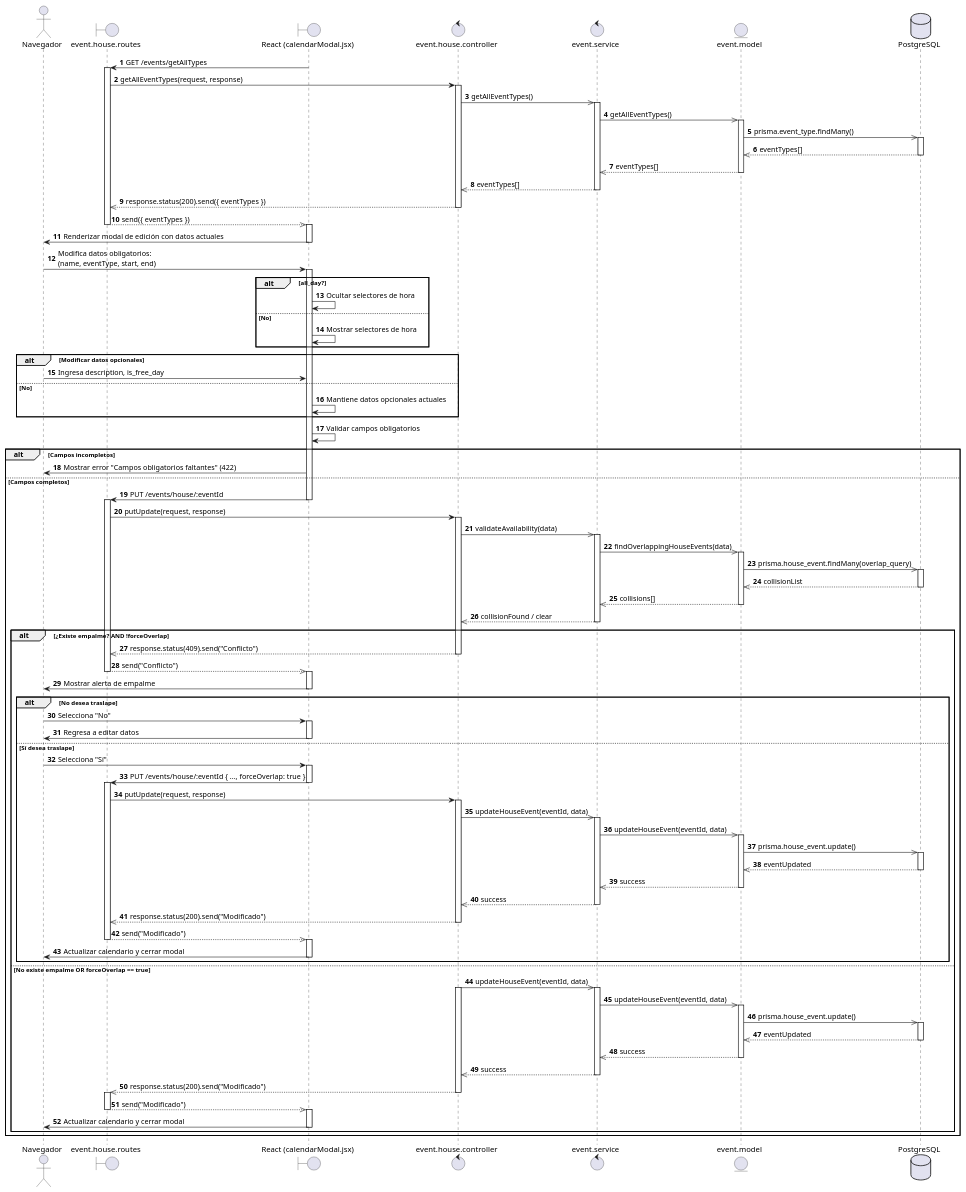
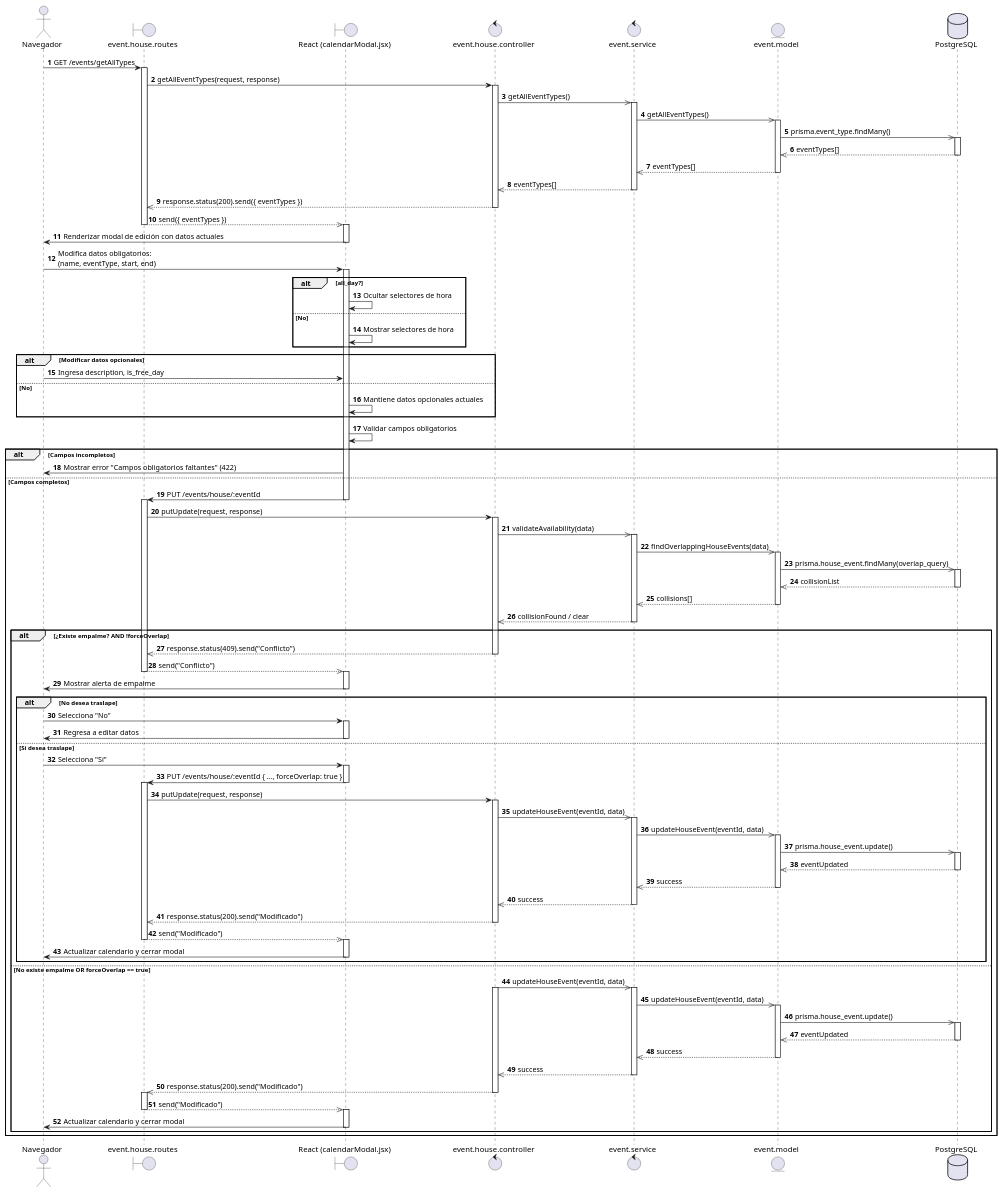
The diagram in diagrams/Sequence diagram/US81.puml (AztlanConsulting/RCHQ-Back), drawn with PlantUML before and after one commit.

Commit message:
docs(DS): Se corrije un detalle del diagrama de secuencia.

```diff
--- a/diagrams/Sequence diagram/US81.puml
+++ b/diagrams/Sequence diagram/US81.puml
@@ -1,172 +1,172 @@
 @startuml HU81 - Modificar evento de casa
 
 actor Navegador
 boundary "event.house.routes" as routes
 boundary "React (calendarModal.jsx)" as ReactView
 control "event.house.controller" as controller
 control event.service
 entity event.model
 database PostgreSQL
 
 autonumber
 
-ReactView -> routes : GET /events/getAllTypes
+Navegador -> routes : GET /events/getAllTypes
 deactivate ReactView
 activate routes
 
 routes -> controller : getAllEventTypes(request, response)
 activate controller
 
 controller ->> event.service : getAllEventTypes()
 activate event.service
 
 event.service ->> event.model : getAllEventTypes()
 activate event.model
 
 event.model ->> PostgreSQL : prisma.event_type.findMany()
 activate PostgreSQL
 PostgreSQL -->> event.model : eventTypes[]
 deactivate PostgreSQL
 
 event.model -->> event.service : eventTypes[]
 deactivate event.model
 event.service -->> controller : eventTypes[]
 deactivate event.service
 
 controller -->> routes : response.status(200).send({ eventTypes })
 deactivate controller
 routes -->> ReactView : send({ eventTypes })
 deactivate routes
 activate ReactView
 
 ReactView -> Navegador : Renderizar modal de edición con datos actuales
 deactivate ReactView
 Navegador -> ReactView : Modifica datos obligatorios:\n(name, eventType, start, end)
 activate ReactView
 alt all_day?
     ReactView -> ReactView : Ocultar selectores de hora
 else No
     ReactView -> ReactView : Mostrar selectores de hora
 end
 
 alt Modificar datos opcionales
     Navegador -> ReactView : Ingresa description, is_free_day
 else No
     ReactView -> ReactView : Mantiene datos opcionales actuales
 end
 
 ReactView -> ReactView : Validar campos obligatorios
 
 alt Campos incompletos
     ReactView -> Navegador : Mostrar error "Campos obligatorios faltantes" (422)
 
 else Campos completos
     ReactView -> routes : PUT /events/house/:eventId
     deactivate ReactView
     activate routes
 
     routes -> controller : putUpdate(request, response)
     activate controller
 
     controller ->> event.service : validateAvailability(data)
     activate event.service
 
     event.service ->> event.model : findOverlappingHouseEvents(data)
     activate event.model
 
     event.model ->> PostgreSQL : prisma.house_event.findMany(overlap_query)
     activate PostgreSQL
     PostgreSQL -->> event.model : collisionList
     deactivate PostgreSQL
 
     event.model -->> event.service : collisions[]
     deactivate event.model
     event.service -->> controller : collisionFound / clear
     deactivate event.service
 
     alt ¿Existe empalme? AND !forceOverlap
         controller -->> routes : response.status(409).send("Conflicto")
         deactivate controller
 
         routes -->> ReactView : send("Conflicto")
         deactivate routes
         activate ReactView
 
         ReactView -> Navegador : Mostrar alerta de empalme
         deactivate ReactView
 
         alt No desea traslape
             Navegador -> ReactView : Selecciona "No"
             activate ReactView
             ReactView -> Navegador : Regresa a editar datos
             deactivate ReactView
         else Sí desea traslape
             Navegador -> ReactView : Selecciona "Sí"
             activate ReactView
 
             ReactView -> routes : PUT /events/house/:eventId { ..., forceOverlap: true }
             deactivate ReactView
             activate routes
 
             routes -> controller : putUpdate(request, response)
             activate controller
 
             controller ->> event.service : updateHouseEvent(eventId, data)
             activate event.service
 
             event.service ->> event.model : updateHouseEvent(eventId, data)
             activate event.model
 
             event.model ->> PostgreSQL : prisma.house_event.update()
             activate PostgreSQL
             PostgreSQL -->> event.model : eventUpdated
             deactivate PostgreSQL
 
             event.model -->> event.service : success
             deactivate event.model
             event.service -->> controller : success
             deactivate event.service
 
             controller -->> routes : response.status(200).send("Modificado")
             deactivate controller
 
             routes -->> ReactView : send("Modificado")
             deactivate routes
             activate ReactView
 
             ReactView -> Navegador : Actualizar calendario y cerrar modal
             deactivate ReactView
         end
 
     else No existe empalme OR forceOverlap == true
         controller ->> event.service : updateHouseEvent(eventId, data)
         activate controller
         activate event.service
 
         event.service ->> event.model : updateHouseEvent(eventId, data)
         activate event.model
 
         event.model ->> PostgreSQL : prisma.house_event.update()
         activate PostgreSQL
         PostgreSQL -->> event.model : eventUpdated
         deactivate PostgreSQL
 
         event.model -->> event.service : success
         deactivate event.model
         event.service -->> controller : success
         deactivate event.service
 
         controller -->> routes : response.status(200).send("Modificado")
         deactivate controller
         activate routes
 
         routes -->> ReactView : send("Modificado")
         deactivate routes
         activate ReactView
 
         ReactView -> Navegador : Actualizar calendario y cerrar modal
         deactivate ReactView
     end
 end
 
 @enduml
```
